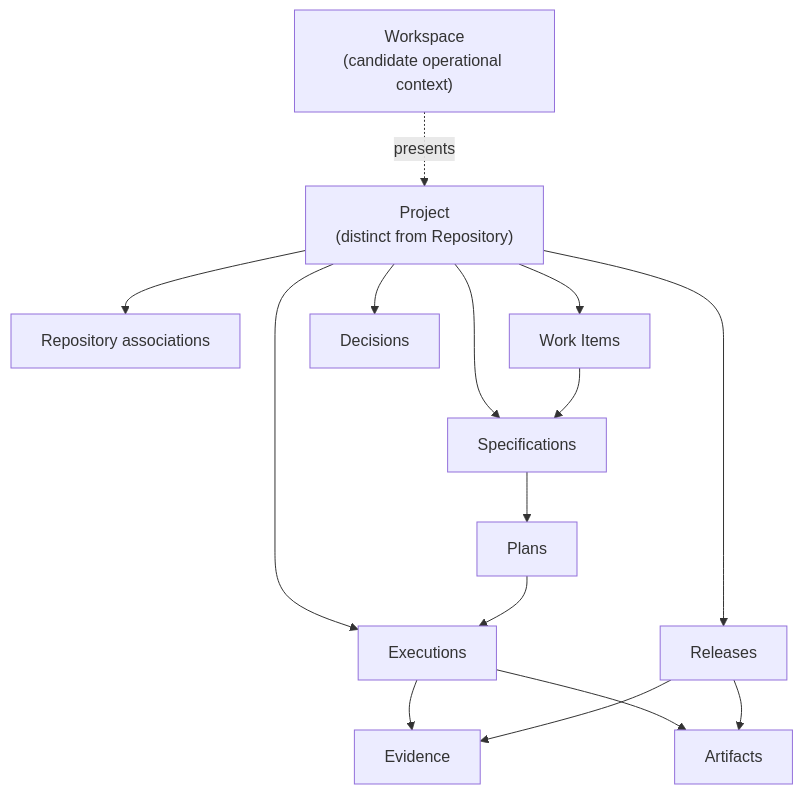
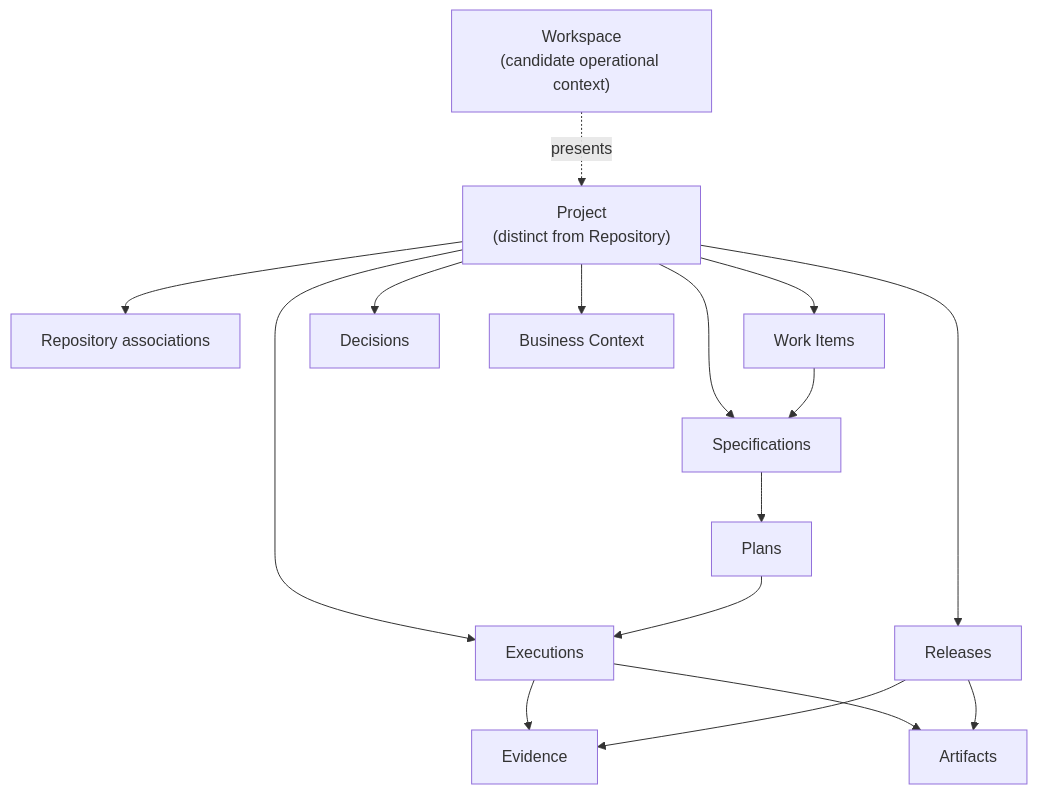
One commit to rgomids/axiom changed the first of 3 diagrams in docs/architecture/conceptual-model.md. Above: the diagram before and after it, drawn with Mermaid. The commit also changed other lines of this file and 148 other files, not shown here.

````diff
--- a/docs/architecture/conceptual-model.md
+++ b/docs/architecture/conceptual-model.md
@@ -9,17 +27,18 @@
 ```mermaid
 flowchart TB
     WS["Workspace\n(candidate operational context)"] -. presents .-> P["Project\n(distinct from Repository)"]
     P --> R["Repository associations"]
     P --> WI["Work Items"]
     P --> S["Specifications"]
     P --> D["Decisions"]
+    P --> BC["Business Context"]
     P --> X["Executions"]
     WI --> S
     S --> PL["Plans"]
     PL --> X
     X --> E["Evidence"]
     X --> A["Artifacts"]
     P --> REL["Releases"]
     REL --> A
     REL --> E
 ```
````
